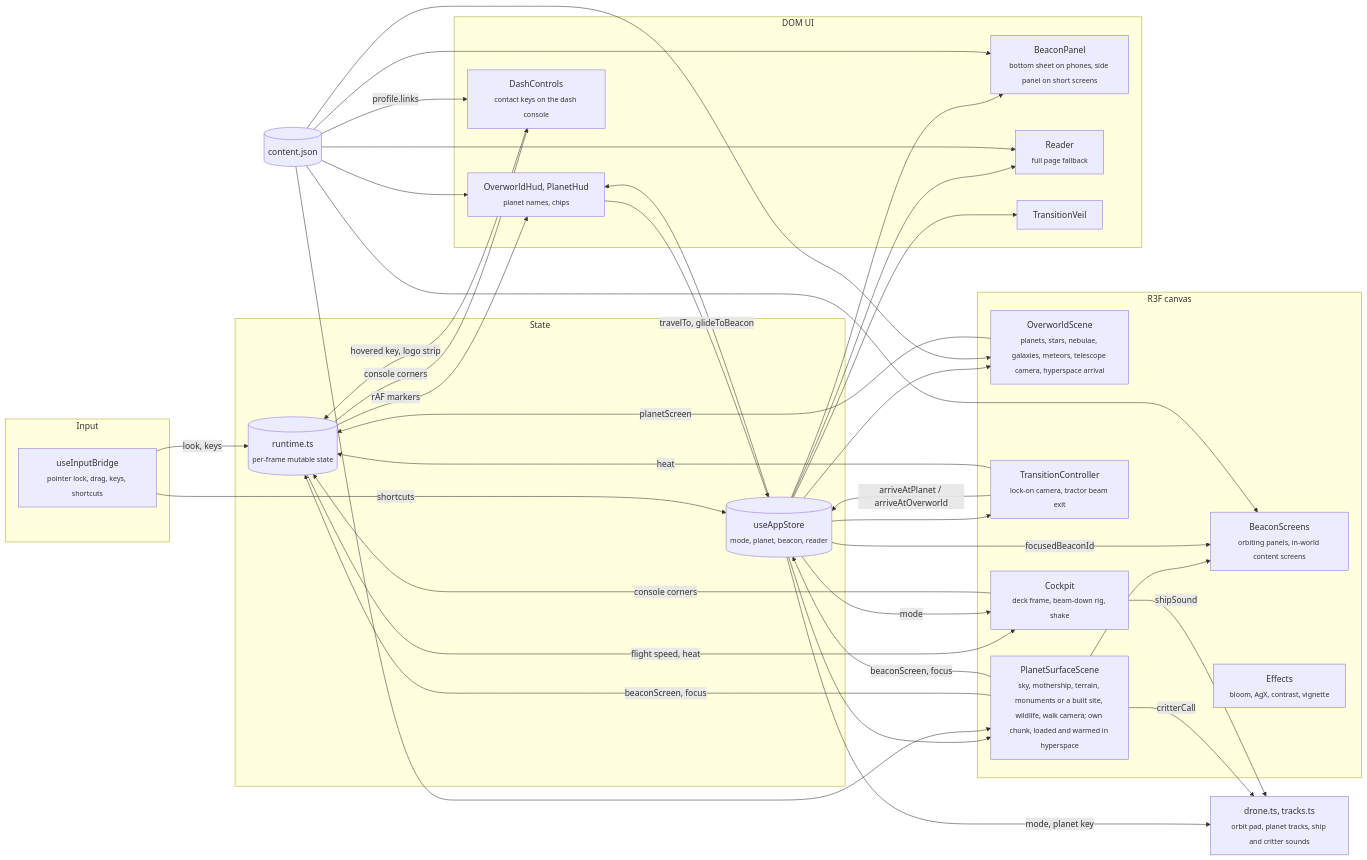
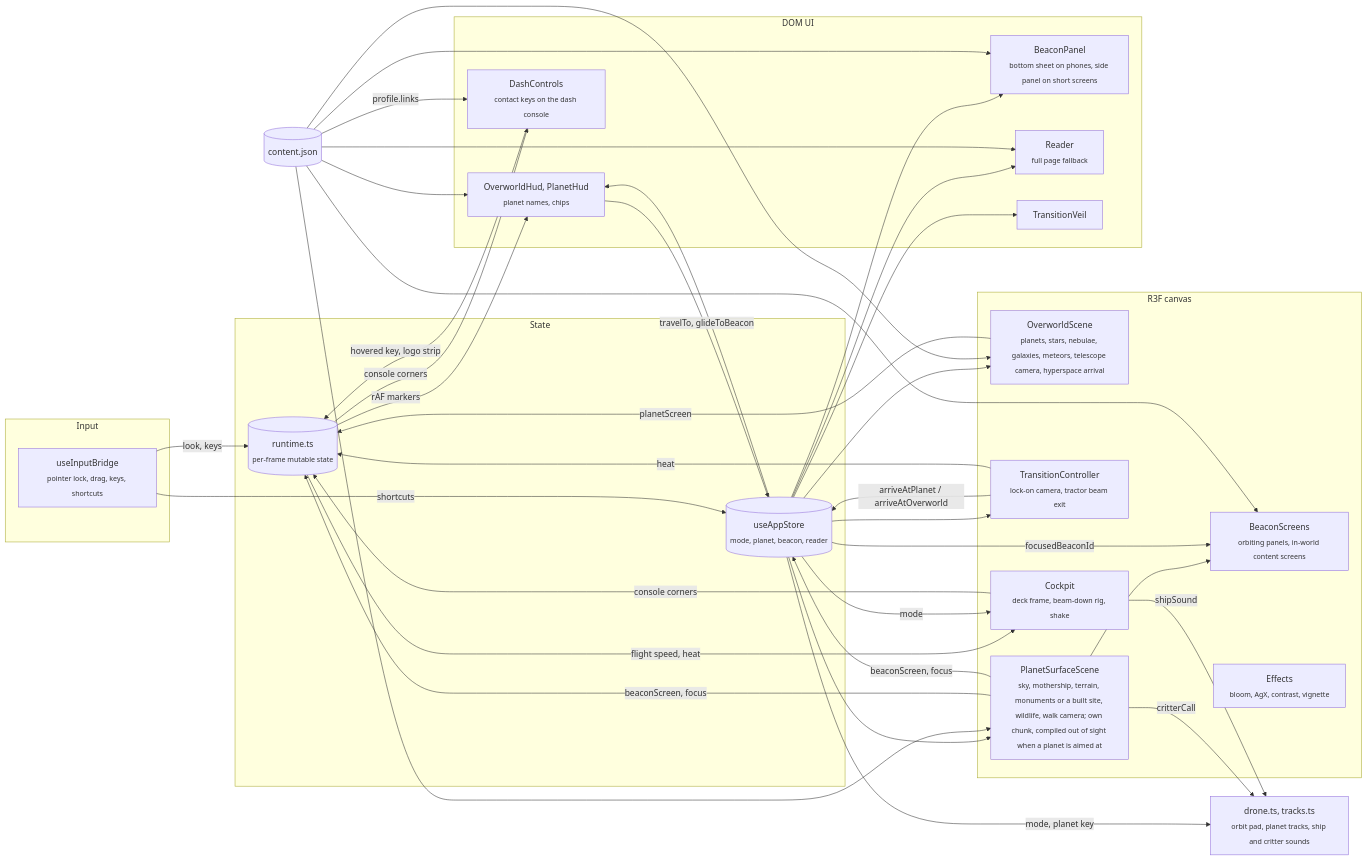
The first of 3 diagrams in README.md (teddycitrus/portfolio), drawn with Mermaid before and after one commit. The commit also changed other lines of this file and 11 other files, not shown here.

Commit message:
added surface precompile on planet hover, removed loader planet warmup

````diff
--- a/README.md
+++ b/README.md
@@ -19,49 +19,49 @@
 ```mermaid
 flowchart LR
   subgraph Input
     bridge["useInputBridge<br/><sub>pointer lock, drag, keys, shortcuts</sub>"]
   end
   subgraph State
     store[("useAppStore<br/><sub>mode, planet, beacon, reader</sub>")]
     runtime[("runtime.ts<br/><sub>per-frame mutable state</sub>")]
   end
   subgraph Canvas["R3F canvas"]
     overworld["OverworldScene<br/><sub>planets, stars, nebulae, galaxies, meteors, telescope camera, hyperspace arrival</sub>"]
-    surface["PlanetSurfaceScene<br/><sub>sky, mothership, terrain, monuments or a built site, wildlife, walk camera; own chunk, loaded and warmed in hyperspace</sub>"]
+    surface["PlanetSurfaceScene<br/><sub>sky, mothership, terrain, monuments or a built site, wildlife, walk camera; own chunk, compiled out of sight when a planet is aimed at</sub>"]
     screens["BeaconScreens<br/><sub>orbiting panels, in-world content screens</sub>"]
     transition["TransitionController<br/><sub>lock-on camera, tractor beam exit</sub>"]
     ship["Cockpit<br/><sub>deck frame, beam-down rig, shake</sub>"]
     fx["Effects<br/><sub>bloom, AgX, contrast, vignette</sub>"]
   end
   subgraph DOM["DOM UI"]
     hud["OverworldHud, PlanetHud<br/><sub>planet names, chips</sub>"]
     contact["DashControls<br/><sub>contact keys on the dash console</sub>"]
     panel["BeaconPanel<br/><sub>bottom sheet on phones, side panel on short screens</sub>"]
     reader["Reader<br/><sub>full page fallback</sub>"]
     veil["TransitionVeil"]
   end
   content[("content.json")]
   drone["drone.ts, tracks.ts<br/><sub>orbit pad, planet tracks, ship and critter sounds</sub>"]
 
   bridge -->|"look, keys"| runtime
   bridge -->|"shortcuts"| store
   store --> overworld & surface & transition & hud & panel & reader & veil
   overworld -->|"planetScreen"| runtime
   surface -->|"beaconScreen, focus"| runtime & store
   runtime -->|"rAF markers"| hud
   surface --> screens
   surface -->|"critterCall"| drone
   store -->|"focusedBeaconId"| screens
   store -->|"mode, planet key"| drone
   content --> overworld & surface & hud & panel & reader & screens
   hud -->|"travelTo, glideToBeacon"| store
   transition -->|"arriveAtPlanet / arriveAtOverworld"| store
   transition -->|"heat"| runtime
   runtime -->|"flight speed, heat"| ship
   store -->|"mode"| ship
   ship -->|"shipSound"| drone
   ship -->|"console corners"| runtime
   runtime -->|"console corners"| contact
   contact -->|"hovered key, logo strip"| runtime
   content -->|"profile.links"| contact
 ```
````
